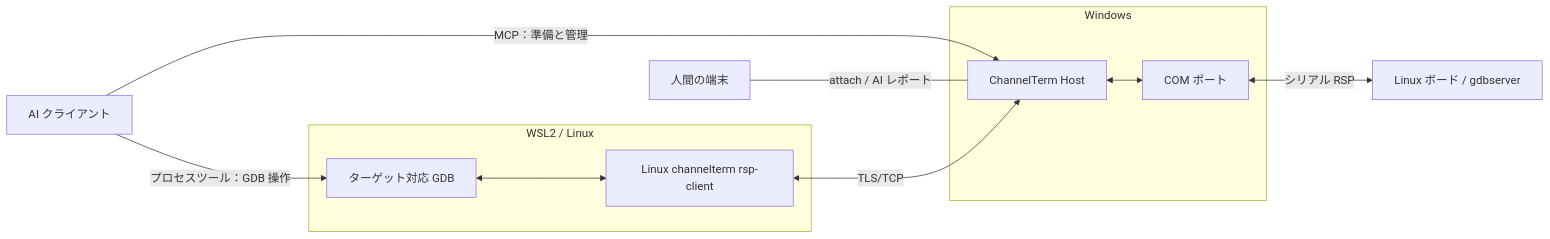
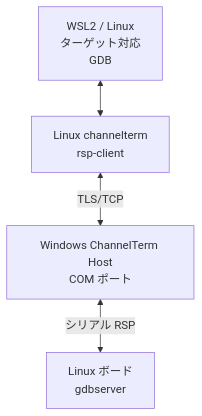
The second of 3 diagrams in README.ja.md (akira-init1/ChannelTerm), drawn with Mermaid before and after one commit. The commit also changed other lines of this file and 13 other files, not shown here.

First line of the commit message:
docs(diagrams): clarify shared terminal and debugger data flows

````diff
--- a/README.ja.md
+++ b/README.ja.md
@@ -250,21 +265,10 @@
 ```mermaid
-flowchart LR
-    AI["AI クライアント"]
-    Human["人間の端末"]
-    subgraph Windows
-        Host["ChannelTerm Host"]
-        COM["COM ポート"]
-        Host <--> COM
-    end
-    subgraph WSL2["WSL2 / Linux"]
-        GDB["ターゲット対応 GDB"]
-        Helper["Linux channelterm rsp-client"]
-        GDB <--> Helper
-    end
-    Board["Linux ボード / gdbserver"]
-    AI -->|"MCP：準備と管理"| Host
-    AI -->|"プロセスツール：GDB 操作"| GDB
-    Human ---|"attach / AI レポート"| Host
+flowchart TB
+    GDB["WSL2 / Linux<br/>ターゲット対応<br/>GDB"]
+    Helper["Linux channelterm<br/>rsp-client"]
+    Host["Windows ChannelTerm Host<br/>COM ポート"]
+    Board["Linux ボード<br/>gdbserver"]
+    GDB <--> Helper
     Helper <-->|"TLS/TCP"| Host
-    COM <-->|"シリアル RSP"| Board
+    Host <-->|"シリアル RSP"| Board
 ```
````
